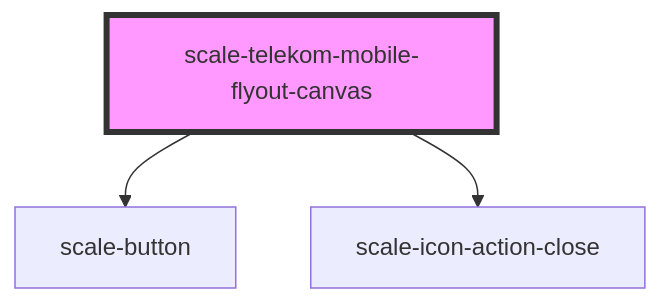
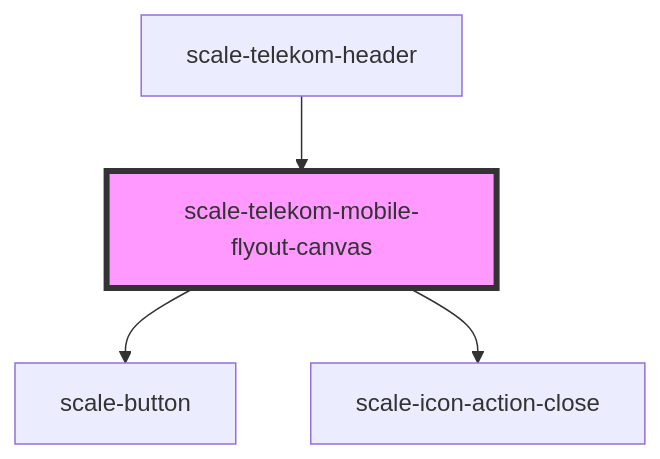
One commit to telekom/scale changed the diagram in packages/components/src/components/telekom/telekom-mobile-flyout-canvas/readme.md. Above: the diagram before and after it, drawn with Mermaid. The commit also changed other lines of this file and 15 other files, not shown here.

Commit message:
feat(telekom-header): data api

````diff
--- a/packages/components/src/components/telekom/telekom-mobile-flyout-canvas/readme.md
+++ b/packages/components/src/components/telekom/telekom-mobile-flyout-canvas/readme.md
@@ -46,6 +50,7 @@
 ```mermaid
 graph TD;
   scale-telekom-mobile-flyout-canvas --> scale-button
   scale-telekom-mobile-flyout-canvas --> scale-icon-action-close
+  scale-telekom-header --> scale-telekom-mobile-flyout-canvas
   style scale-telekom-mobile-flyout-canvas fill:#f9f,stroke:#333,stroke-width:4px
 ```
````
